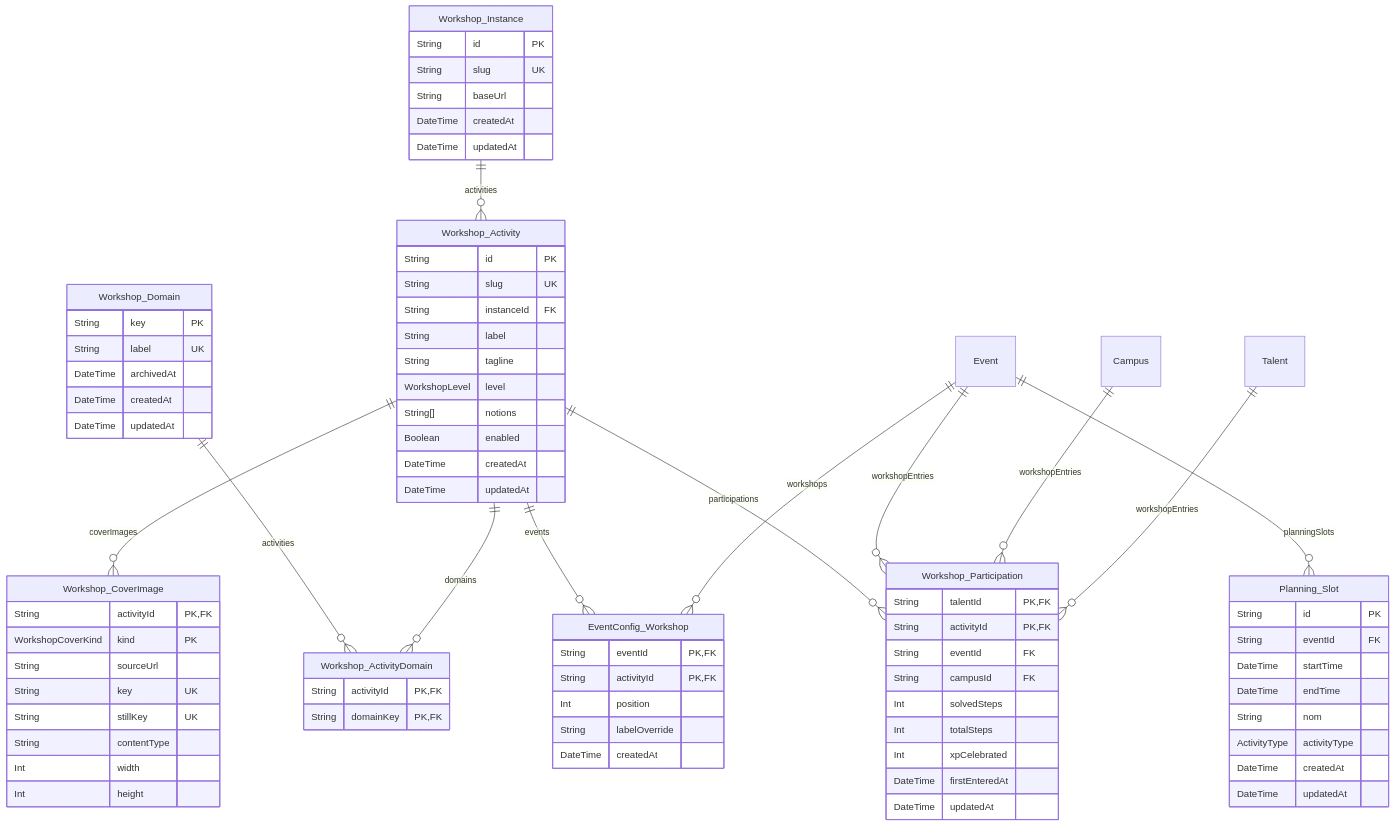
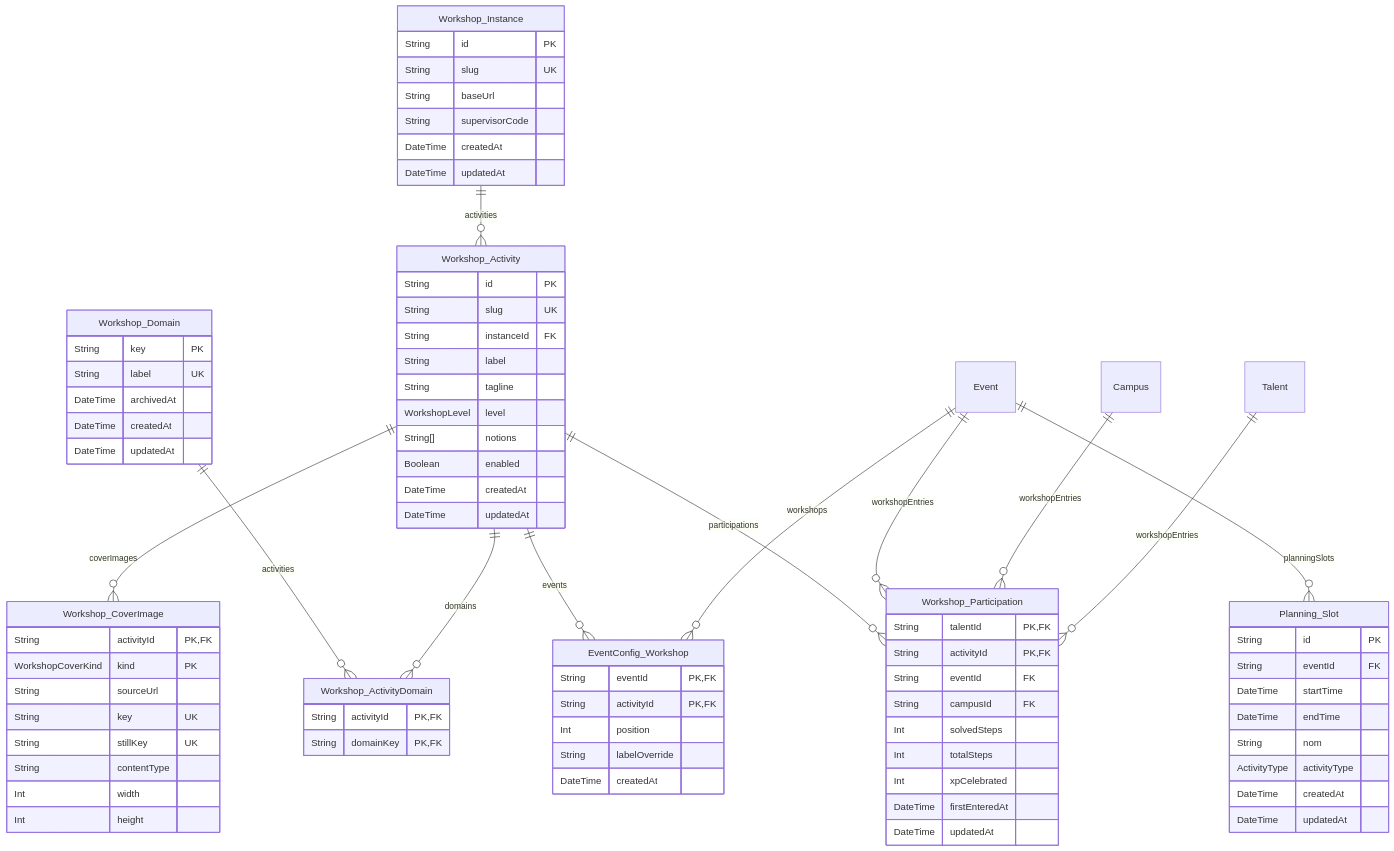
The fifth of 13 diagrams in frontend/docs/database.md (Manta-Epitech-Academy/jump), drawn with Mermaid before and after one commit. The commit also changed other lines of this file and 8 other files, not shown here.

First line of the commit message:
feat(workshops): hold a CTFd instance's supervisor code

```diff
--- a/frontend/docs/database.md
+++ b/frontend/docs/database.md
@@ -595,6 +597,7 @@
     String id PK
     String slug UK
     String baseUrl
+    String supervisorCode
     DateTime createdAt
     DateTime updatedAt
   }
```
